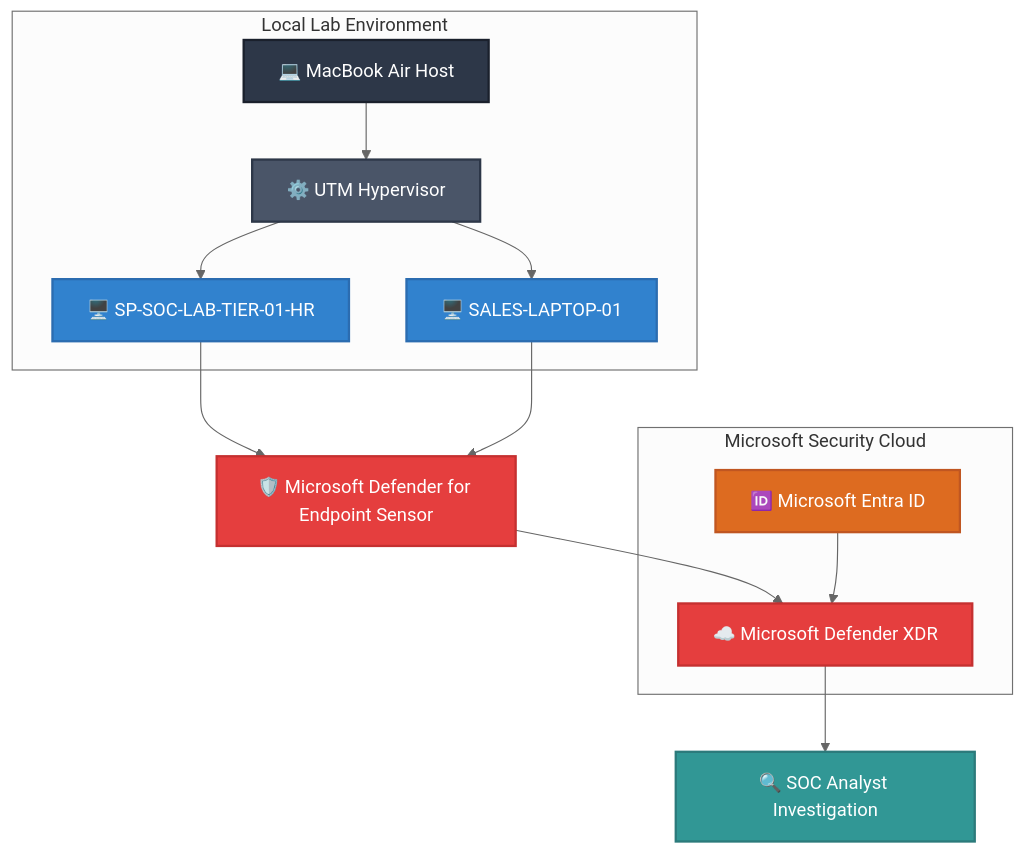
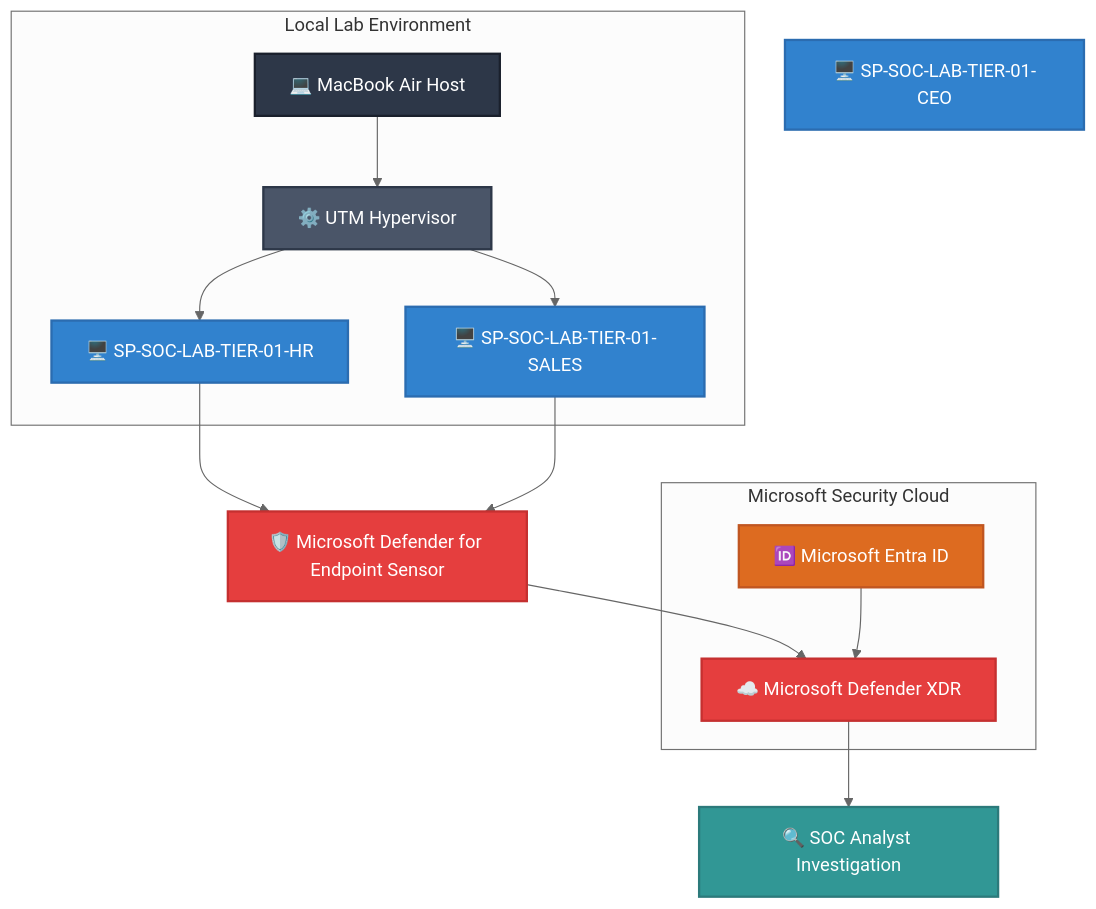
Before and after one commit to sachinpatil-soc/Enterprise-Microsoft-Defender-XDR-Lab: the diagram in README.md, drawn with Mermaid (neutral theme).

Commit message:
Update endpoint names in README.md

````diff
--- a/README.md
+++ b/README.md
@@ -14,42 +14,43 @@
  ``` mermaid
 graph TD
     %% Styles
     classDef host fill:#2d3748,stroke:#1a202c,stroke-width:2px,color:#fff;
     classDef hyper fill:#4a5568,stroke:#2d3748,stroke-width:2px,color:#fff;
     classDef endpoint fill:#3182ce,stroke:#2b6cb0,stroke-width:2px,color:#fff;
     classDef security fill:#e53e3e,stroke:#c53030,stroke-width:2px,color:#fff;
     classDef identity fill:#dd6b20,stroke:#c05621,stroke-width:2px,color:#fff;
     classDef soc fill:#319795,stroke:#2c7a7b,stroke-width:2px,color:#fff;
 
     A[💻 MacBook Air Host]:::host
     B[⚙️ UTM Hypervisor]:::hyper
     C1[🖥️ SP-SOC-LAB-TIER-01-HR]:::endpoint
-    C2[🖥️ SALES-LAPTOP-01]:::endpoint
+    C2[🖥️ SP-SOC-LAB-TIER-01-SALES]:::endpoint
+    C3[🖥️ SP-SOC-LAB-TIER-01-CEO]:::endpoint
     D[🛡️ Microsoft Defender for Endpoint Sensor]:::security
     E[☁️ Microsoft Defender XDR]:::security
     F[🆔 Microsoft Entra ID]:::identity
     G[🔍 SOC Analyst Investigation]:::soc
 
     A --> B
     B --> C1
     B --> C2
     C1 --> D
     C2 --> D
     D --> E
     F --> E
     E --> G
 
     subgraph Local_Lab["Local Lab Environment"]
         A
         B
         C1
         C2
     end
 
     subgraph Microsoft_Cloud["Microsoft Security Cloud"]
         E
         F
     end
 
 
  ```
````
